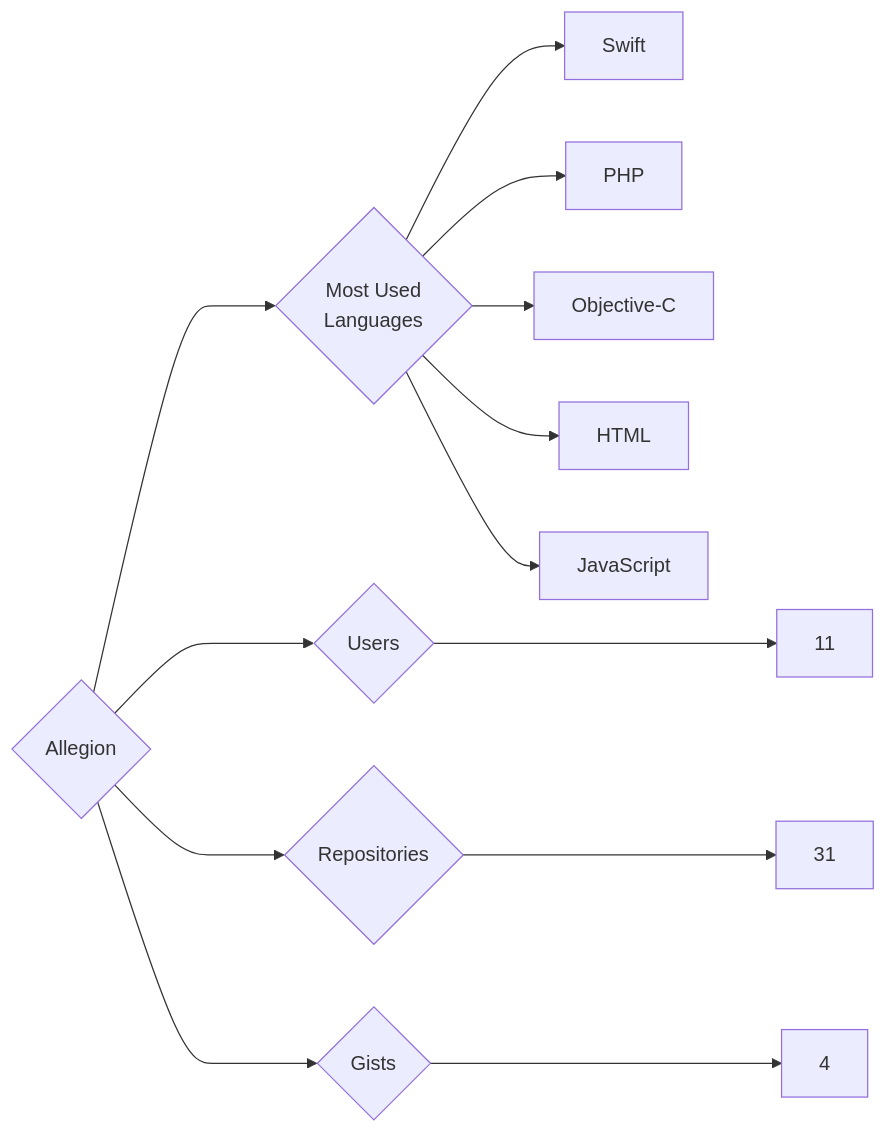
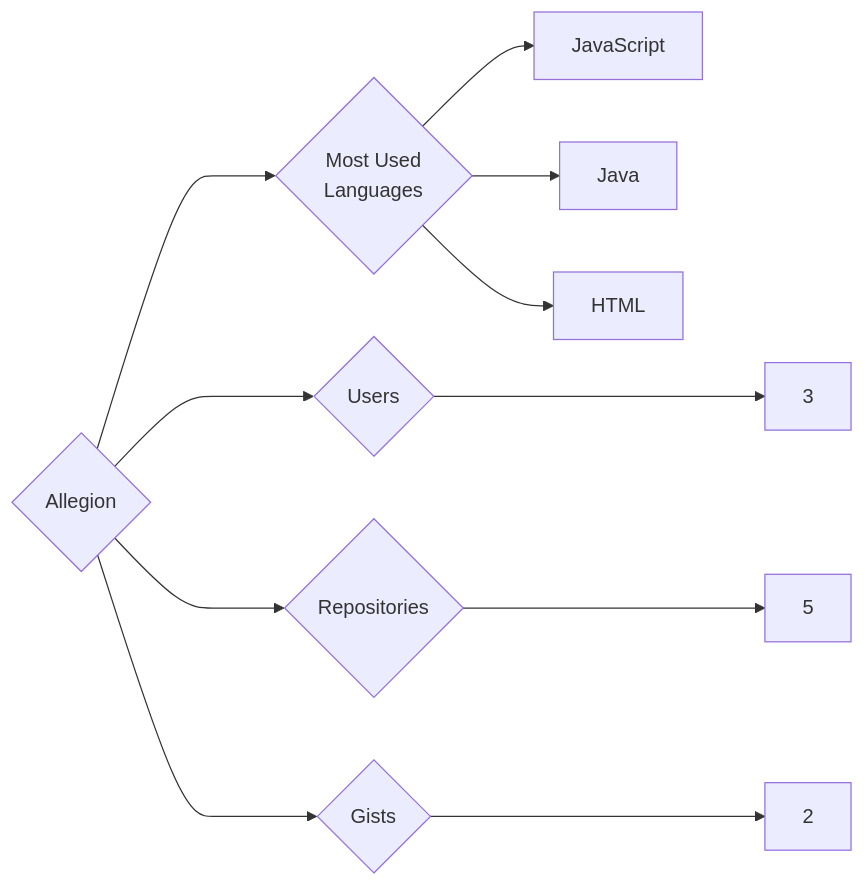
One commit to trickest/insiders changed the diagram in targets/Allegion/README.md. Above: the diagram before and after it, drawn with Mermaid. The commit also changed 724 other files, not shown here.

````diff
--- a/targets/Allegion/README.md
+++ b/targets/Allegion/README.md
@@ -3,13 +3,11 @@
 ```mermaid
 graph LR
 COMPANY_NAME{Allegion}
-COMPANY_NAME ---> U{Users} ---> UN[11]
-COMPANY_NAME ---> R{Repositories} ---> RN[31]
-COMPANY_NAME ---> G{Gists} ---> GN[4]
+COMPANY_NAME ---> U{Users} ---> UN[3]
+COMPANY_NAME ---> R{Repositories} ---> RN[5]
+COMPANY_NAME ---> G{Gists} ---> GN[2]
 COMPANY_NAME ---> ML{Most Used<br>Languages}
-ML --> Swift[Swift]
-ML --> PHP[PHP]
-ML --> Objective-C[Objective-C]
+ML --> JavaScript[JavaScript]
+ML --> Java[Java]
 ML --> HTML[HTML]
-ML --> JavaScript[JavaScript]
 ```
````
